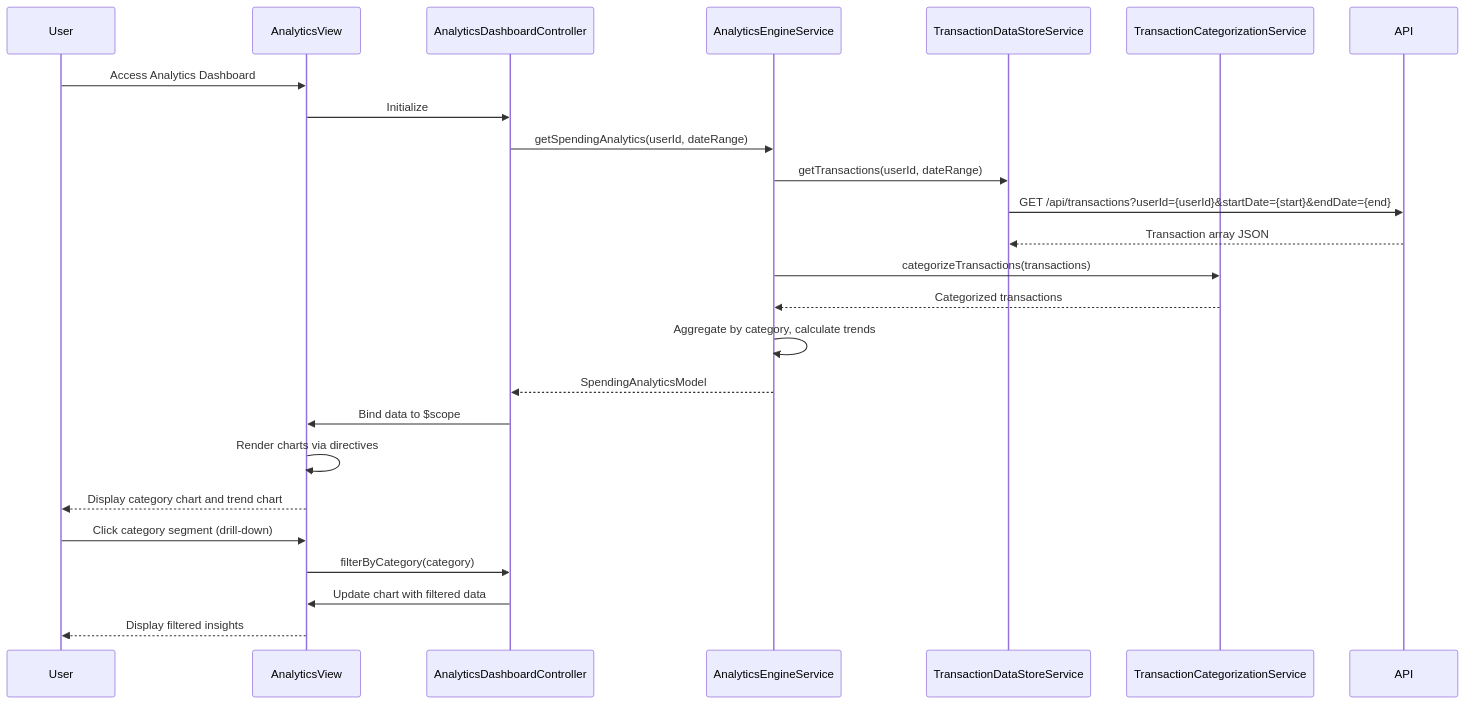
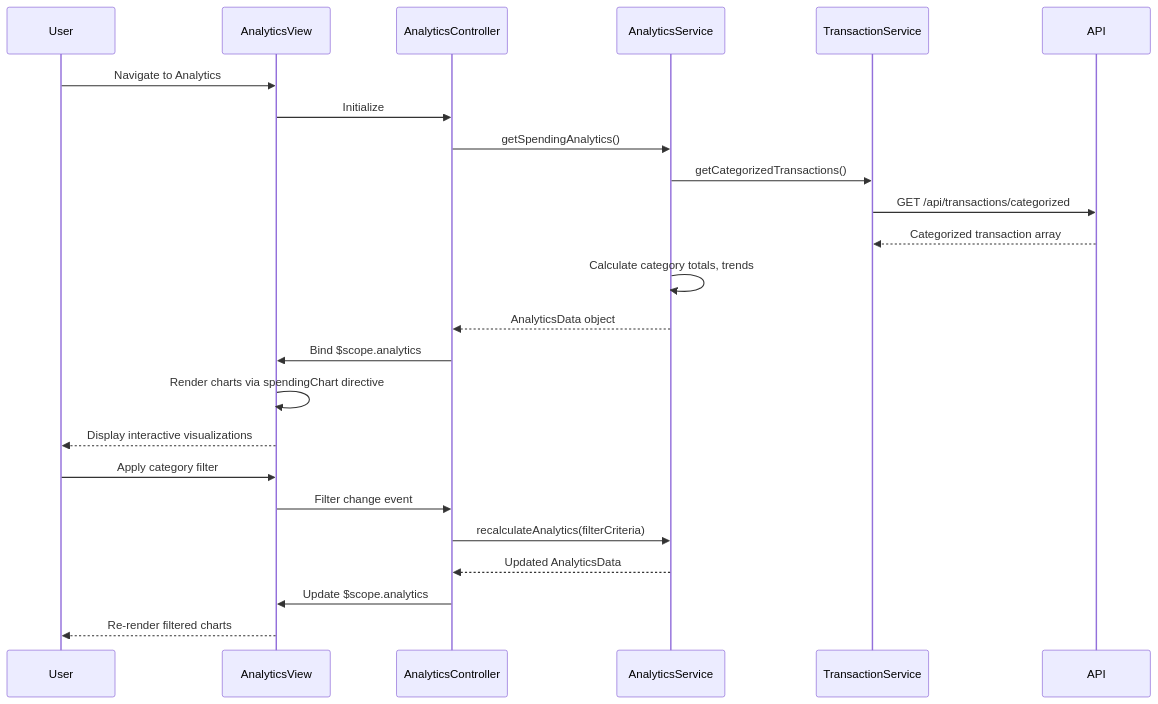
One commit to AAVA-Demo/APB_Demo changed the diagram in LLD/QE-8557_LLD.md. Above: the diagram before and after it, drawn with Mermaid. The commit also changed other lines of this file and 5 other files, not shown here.

````diff
--- a/LLD/QE-8557_LLD.md
+++ b/LLD/QE-8557_LLD.md
@@ -107,28 +77,27 @@
 ```mermaid
 sequenceDiagram
     participant User
     participant AnalyticsView
-    participant AnalyticsDashboardController
-    participant AnalyticsEngineService
-    participant TransactionDataStoreService
-    participant TransactionCategorizationService
+    participant AnalyticsController
+    participant AnalyticsService
+    participant TransactionService
     participant API
 
-    User->>AnalyticsView: Access Analytics Dashboard
-    AnalyticsView->>AnalyticsDashboardController: Initialize
-    AnalyticsDashboardController->>AnalyticsEngineService: getSpendingAnalytics(userId, dateRange)
-    AnalyticsEngineService->>TransactionDataStoreService: getTransactions(userId, dateRange)
-    TransactionDataStoreService->>API: GET /api/transactions?userId={userId}&startDate={start}&endDate={end}
-    API-->>TransactionDataStoreService: Transaction array JSON
-    AnalyticsEngineService->>TransactionCategorizationService: categorizeTransactions(transactions)
-    TransactionCategorizationService-->>AnalyticsEngineService: Categorized transactions
-    AnalyticsEngineService->>AnalyticsEngineService: Aggregate by category, calculate trends
-    AnalyticsEngineService-->>AnalyticsDashboardController: SpendingAnalyticsModel
-    AnalyticsDashboardController->>AnalyticsView: Bind data to $scope
-    AnalyticsView->>AnalyticsView: Render charts via directives
-    AnalyticsView-->>User: Display category chart and trend chart
-    User->>AnalyticsView: Click category segment (drill-down)
-    AnalyticsView->>AnalyticsDashboardController: filterByCategory(category)
-    AnalyticsDashboardController->>AnalyticsView: Update chart with filtered data
-    AnalyticsView-->>User: Display filtered insights
+    User->>AnalyticsView: Navigate to Analytics
+    AnalyticsView->>AnalyticsController: Initialize
+    AnalyticsController->>AnalyticsService: getSpendingAnalytics()
+    AnalyticsService->>TransactionService: getCategorizedTransactions()
+    TransactionService->>API: GET /api/transactions/categorized
+    API-->>TransactionService: Categorized transaction array
+    AnalyticsService->>AnalyticsService: Calculate category totals, trends
+    AnalyticsService-->>AnalyticsController: AnalyticsData object
+    AnalyticsController->>AnalyticsView: Bind $scope.analytics
+    AnalyticsView->>AnalyticsView: Render charts via spendingChart directive
+    AnalyticsView-->>User: Display interactive visualizations
+    User->>AnalyticsView: Apply category filter
+    AnalyticsView->>AnalyticsController: Filter change event
+    AnalyticsController->>AnalyticsService: recalculateAnalytics(filterCriteria)
+    AnalyticsService-->>AnalyticsController: Updated AnalyticsData
+    AnalyticsController->>AnalyticsView: Update $scope.analytics
+    AnalyticsView-->>User: Re-render filtered charts
 ```
````
